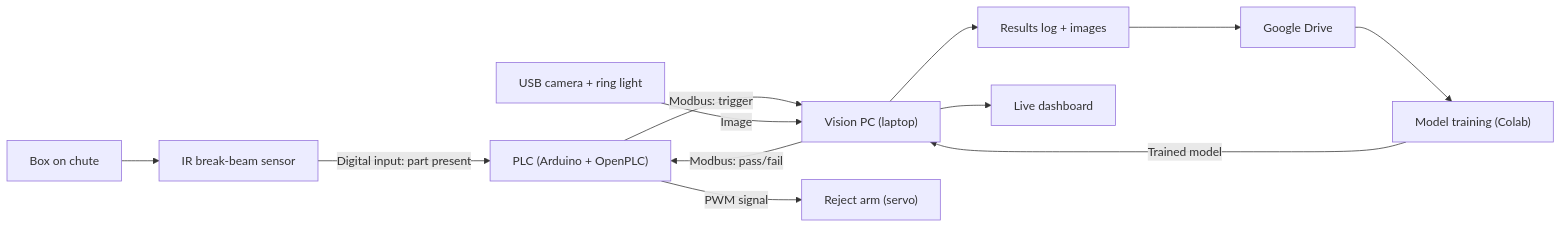
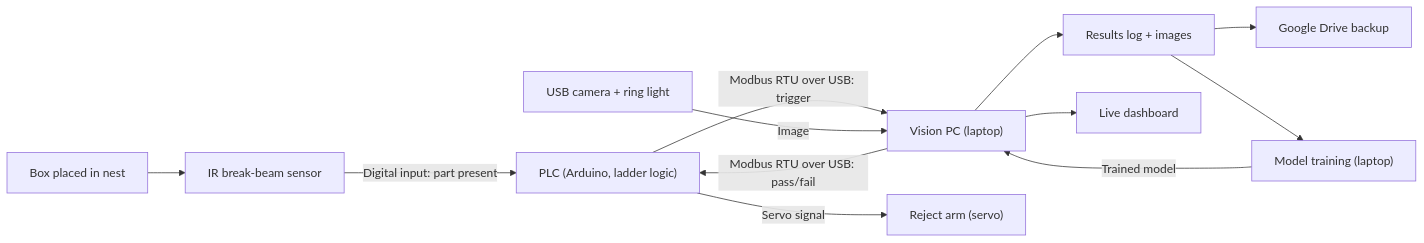
One commit to Vic-Wele/label-inspection-station changed the diagram in docs/design/system_architecture.md. Above: the diagram before and after it, drawn with Mermaid. The commit also changed other lines of this file and 1 other file, not shown here.

Commit message:
Update design: part nest, laptop training, Modbus RTU

````diff
--- a/docs/design/system_architecture.md
+++ b/docs/design/system_architecture.md
@@ -5,14 +5,14 @@
 ```mermaid
 flowchart LR
-    Box["Box on chute"] --> Beam["IR break-beam sensor"]
-    Beam -->|"Digital input: part present"| PLC["PLC (Arduino + OpenPLC)"]
-    PLC -->|"Modbus: trigger"| PC["Vision PC (laptop)"]
+    Box["Box placed in nest"] --> Beam["IR break-beam sensor"]
+    Beam -->|"Digital input: part present"| PLC["PLC (Arduino, ladder logic)"]
+    PLC -->|"Modbus RTU over USB: trigger"| PC["Vision PC (laptop)"]
     Cam["USB camera + ring light"] -->|"Image"| PC
-    PC -->|"Modbus: pass/fail"| PLC
-    PLC -->|"PWM signal"| Servo["Reject arm (servo)"]
+    PC -->|"Modbus RTU over USB: pass/fail"| PLC
+    PLC -->|"Servo signal"| Servo["Reject arm (servo)"]
     PC --> Log["Results log + images"]
-    Log --> Drive["Google Drive"]
-    Drive --> Colab["Model training (Colab)"]
-    Colab -->|"Trained model"| PC
+    Log --> Drive["Google Drive backup"]
+    Log --> Train["Model training (laptop)"]
+    Train -->|"Trained model"| PC
     PC --> Dash["Live dashboard"]
 ```
````
